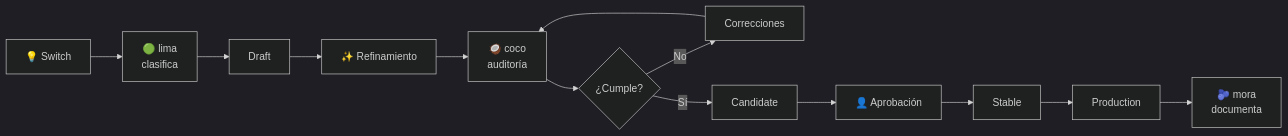
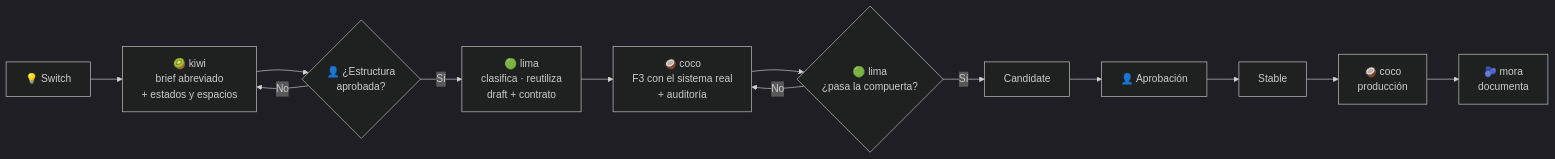
The second of 2 diagrams in README.md (kevinedgm/fruti-squad), drawn with Mermaid (dark theme) before and after one commit. The commit also changed other lines of this file and 27 other files, not shown here.

````diff
--- a/README.md
+++ b/README.md
@@ -533,27 +583,15 @@
 ```mermaid
 flowchart LR
-    IDEA["💡 Switch"]
-
-    IDEA --> L["🟢 lima<br/>clasifica"]
-
-    L --> D["Draft"]
-
-    D --> R["✨ Refinamiento"]
-
-    R --> C["🥥 coco<br/>auditoría"]
-
-    C --> Q{"¿Cumple?"}
-
-    Q -->|"No"| FIX["Correcciones"]
-    FIX --> C
-
-    Q -->|"Sí"| CAN["Candidate"]
-
-    CAN --> HUMAN["👤 Aprobación"]
-
-    HUMAN --> ST["Stable"]
-
-    ST --> PROD["Production"]
-
+    IDEA["💡 Switch"] --> K["🥝 kiwi<br/>brief abreviado<br/>+ estados y espacios"]
+    K --> OK1{"👤 ¿Estructura<br/>aprobada?"}
+    OK1 -->|"No"| K
+    OK1 -->|"Sí"| L["🟢 lima<br/>clasifica · reutiliza<br/>draft + contrato"]
+    L --> C["🥥 coco<br/>F3 con el sistema real<br/>+ auditoría"]
+    C --> G{"🟢 lima<br/>¿pasa la compuerta?"}
+    G -->|"No"| C
+    G -->|"Sí"| CAN["Candidate"]
+    CAN --> H["👤 Aprobación"]
+    H --> ST["Stable"]
+    ST --> PROD["🥥 coco<br/>producción"]
     PROD --> M["🫐 mora<br/>documenta"]
 ```
````
